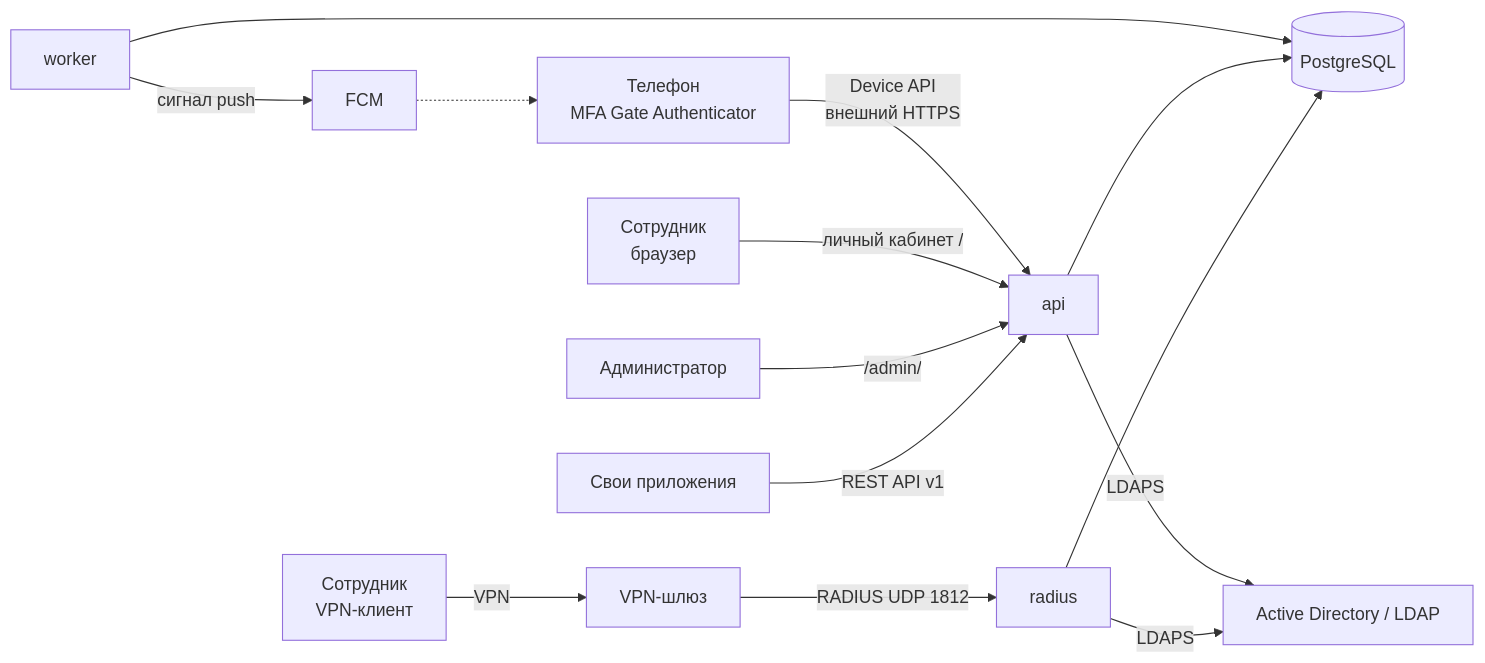
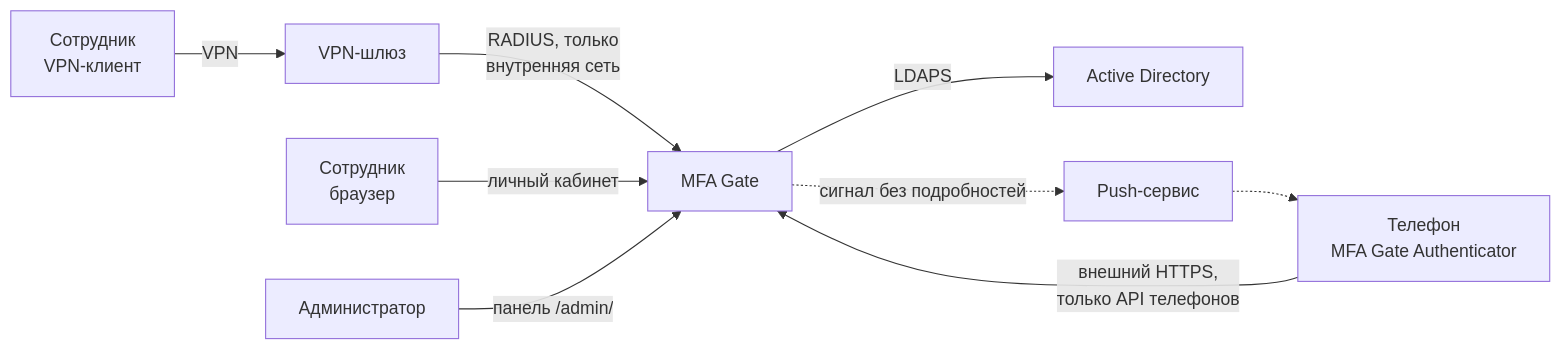
The diagram in README.md (calleograph/mfa-gate), drawn with Mermaid before and after one commit. The commit also changed other lines of this file and 17 other files, not shown here.

First line of the commit message:
MFA Gate 0.3.1: постоянная подпись APK, README продукта, лимит привязки

````diff
--- a/README.md
+++ b/README.md
@@ -29,15 +78,11 @@
 ```mermaid
 flowchart LR
-    U[Сотрудник<br/>VPN-клиент] -->|VPN| GW[VPN-шлюз]
-    GW -->|RADIUS UDP 1812| R[radius]
-    APP[Свои приложения] -->|REST API v1| A[api]
-    ADM[Администратор] -->|/admin/| A
-    EMP[Сотрудник<br/>браузер] -->|личный кабинет /| A
-    PH[Телефон<br/>MFA Gate Authenticator] -->|Device API<br/>внешний HTTPS| A
-    R --> DB[(PostgreSQL)]
-    A --> DB
-    W[worker] --> DB
-    W -->|сигнал push| FCM[FCM]
-    FCM -.-> PH
-    R & A -->|LDAPS| AD[Active Directory / LDAP]
+    U["Сотрудник<br/>VPN-клиент"] -->|VPN| GW["VPN-шлюз"]
+    GW -->|"RADIUS, только<br/>внутренняя сеть"| M["MFA Gate"]
+    E["Сотрудник<br/>браузер"] -->|"личный кабинет"| M
+    A["Администратор"] -->|"панель /admin/"| M
+    P["Телефон<br/>MFA Gate Authenticator"] -->|"внешний HTTPS,<br/>только API телефонов"| M
+    M -->|LDAPS| AD["Active Directory"]
+    M -.->|"сигнал без подробностей"| F["Push-сервис"]
+    F -.-> P
 ```
````
